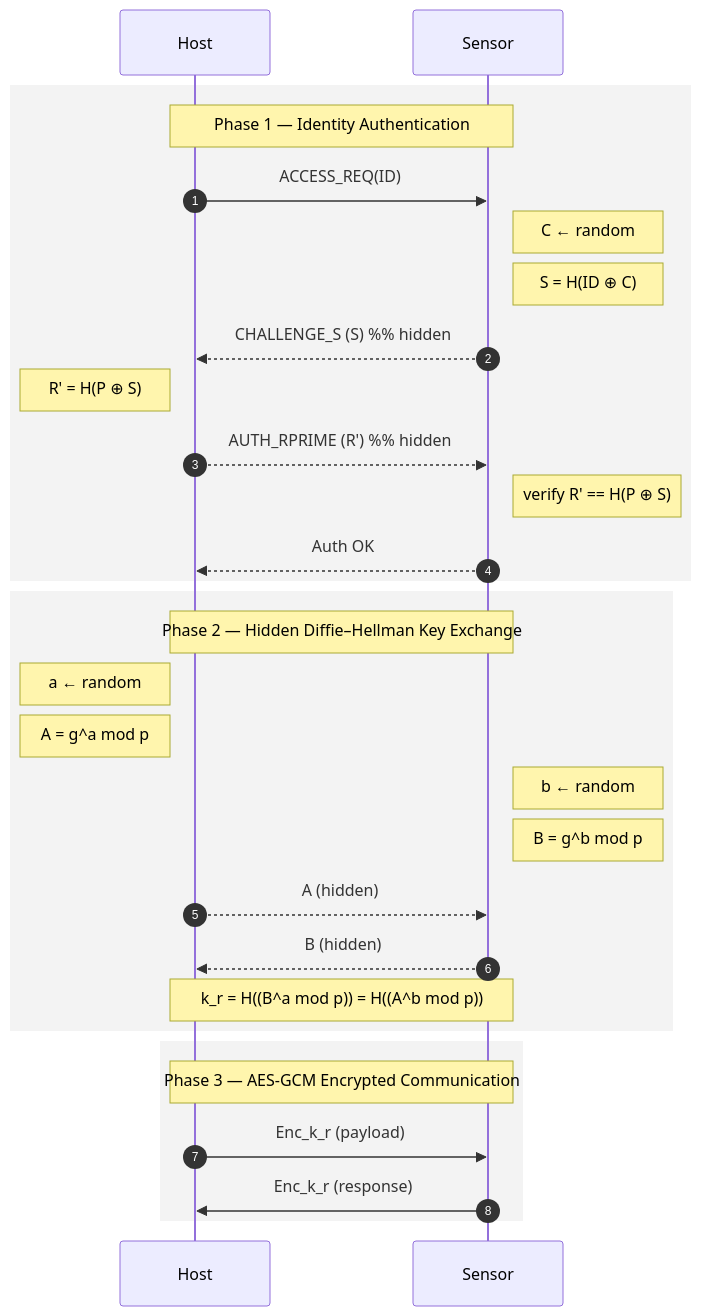
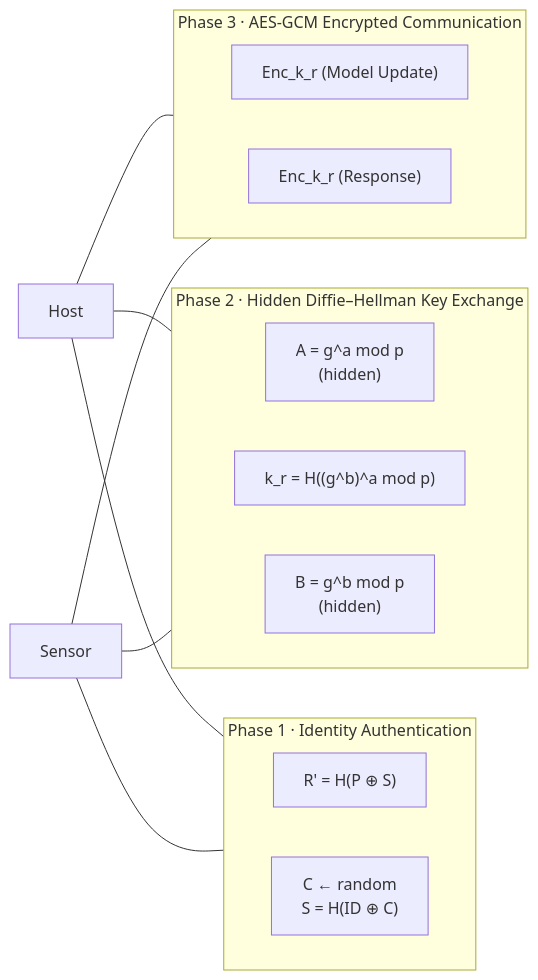
Before and after one commit to TracerWWW/iodraw-files: the diagram in all/未命名-1.md, drawn with Mermaid.

Commit message:
2026-01-30 02:40:36 update

````diff
--- a/all/未命名-1.md
+++ b/all/未命名-1.md
@@ -1,57 +1,46 @@
 ```mermaid
-sequenceDiagram
-    autonumber
-    participant Host
-    participant Sensor
+flowchart LR
 
-    %% =========================
-    %% Phase 1: Identity Authentication
-    %% =========================
-    rect rgba(220,220,220,0.35)
-    Note over Host,Sensor: Phase 1 — Identity Authentication
+    %% Roles
+    Host[Host]
+    Sensor[Sensor]
 
-    Host->>Sensor: ACCESS_REQ(ID)
-
-    Note right of Sensor: C ← random
-    Note right of Sensor: S = H(ID ⊕ C)
-
-    Sensor-->>Host: CHALLENGE_S (S)  %% hidden
-
-    Note left of Host: R' = H(P ⊕ S)
-
-    Host-->>Sensor: AUTH_RPRIME (R') %% hidden
-
-    Note right of Sensor: verify R' == H(P ⊕ S)
-
-    Sensor-->>Host: Auth OK
+    %% -------------------------
+    %% Phase 1
+    %% -------------------------
+    subgraph P1["Phase 1 · Identity Authentication"]
+        direction LR
+        H1["R' = H(P ⊕ S)"]
+        S1["C ← random<br/>S = H(ID ⊕ C)"]
     end
 
-    %% =========================
-    %% Phase 2: Hidden Diffie–Hellman
-    %% =========================
-    rect rgba(220,220,220,0.35)
-    Note over Host,Sensor: Phase 2 — Hidden Diffie–Hellman Key Exchange
-
-    Note left of Host: a ← random
-    Note left of Host: A = g^a mod p
-
-    Note right of Sensor: b ← random
-    Note right of Sensor: B = g^b mod p
-
-    Host-->>Sensor: A (hidden)
-    Sensor-->>Host: B (hidden)
-
-    Note over Host,Sensor: k_r = H((B^a mod p)) = H((A^b mod p))
+    %% -------------------------
+    %% Phase 2
+    %% -------------------------
+    subgraph P2["Phase 2 · Hidden Diffie–Hellman Key Exchange"]
+        direction LR
+        H2["A = g^a mod p<br/>(hidden)"]
+        K["k_r = H((g^b)^a mod p)"]
+        S2["B = g^b mod p<br/>(hidden)"]
     end
 
-    %% =========================
-    %% Phase 3: Encrypted Communication
-    %% =========================
-    rect rgba(220,220,220,0.35)
-    Note over Host,Sensor: Phase 3 — AES-GCM Encrypted Communication
-
-    Host->>Sensor: Enc_k_r (payload)
-    Sensor->>Host: Enc_k_r (response)
+    %% -------------------------
+    %% Phase 3
+    %% -------------------------
+    subgraph P3["Phase 3 · AES-GCM Encrypted Communication"]
+        direction LR
+        E1["Enc_k_r (Model Update)"]
+        E2["Enc_k_r (Response)"]
     end
 
+    %% Role alignment (visual only)
+    Host --- H1
+    Sensor --- S1
+
+    Host --- H2
+    Sensor --- S2
+
+    Host --- E1
+    Sensor --- E2
+
 ```
````
